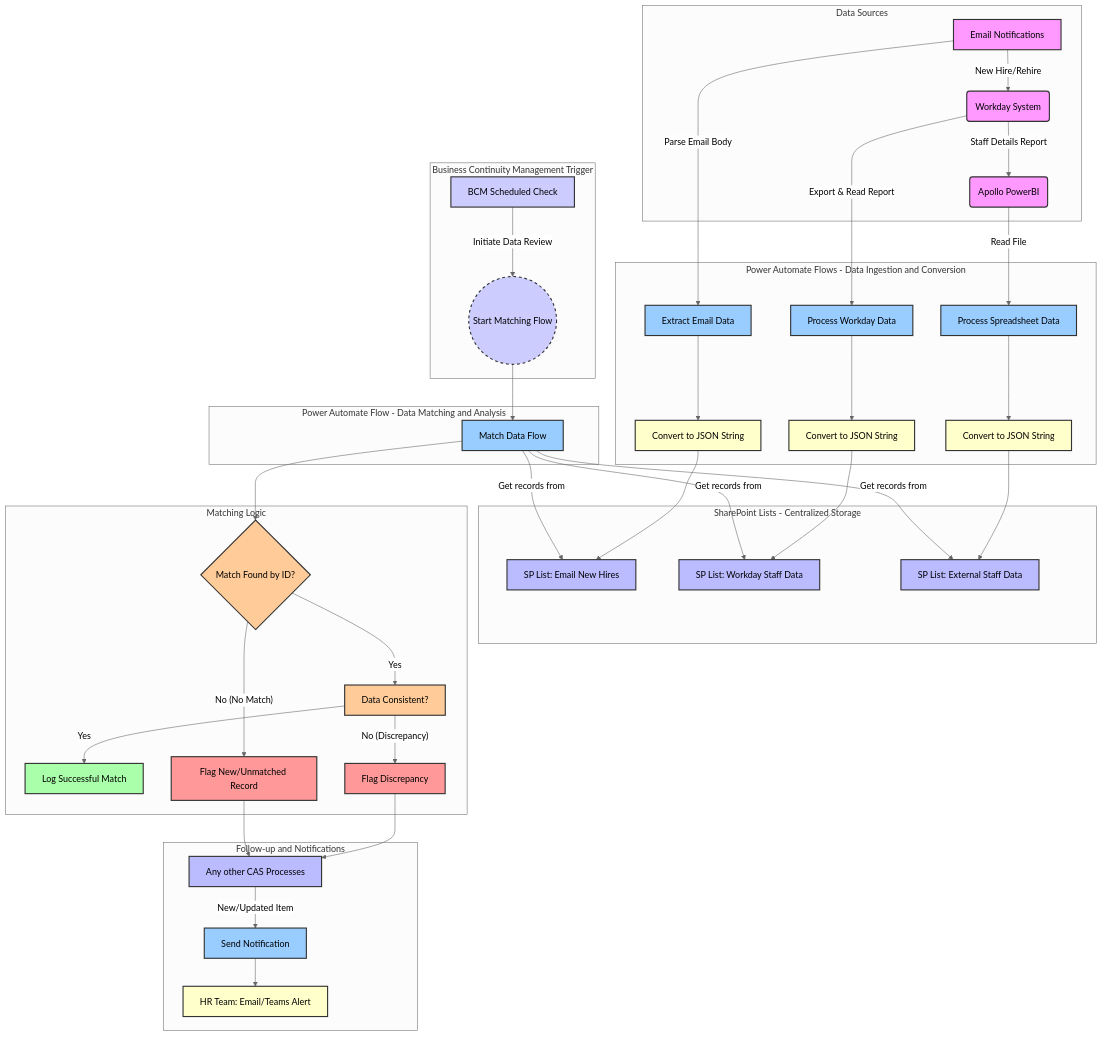
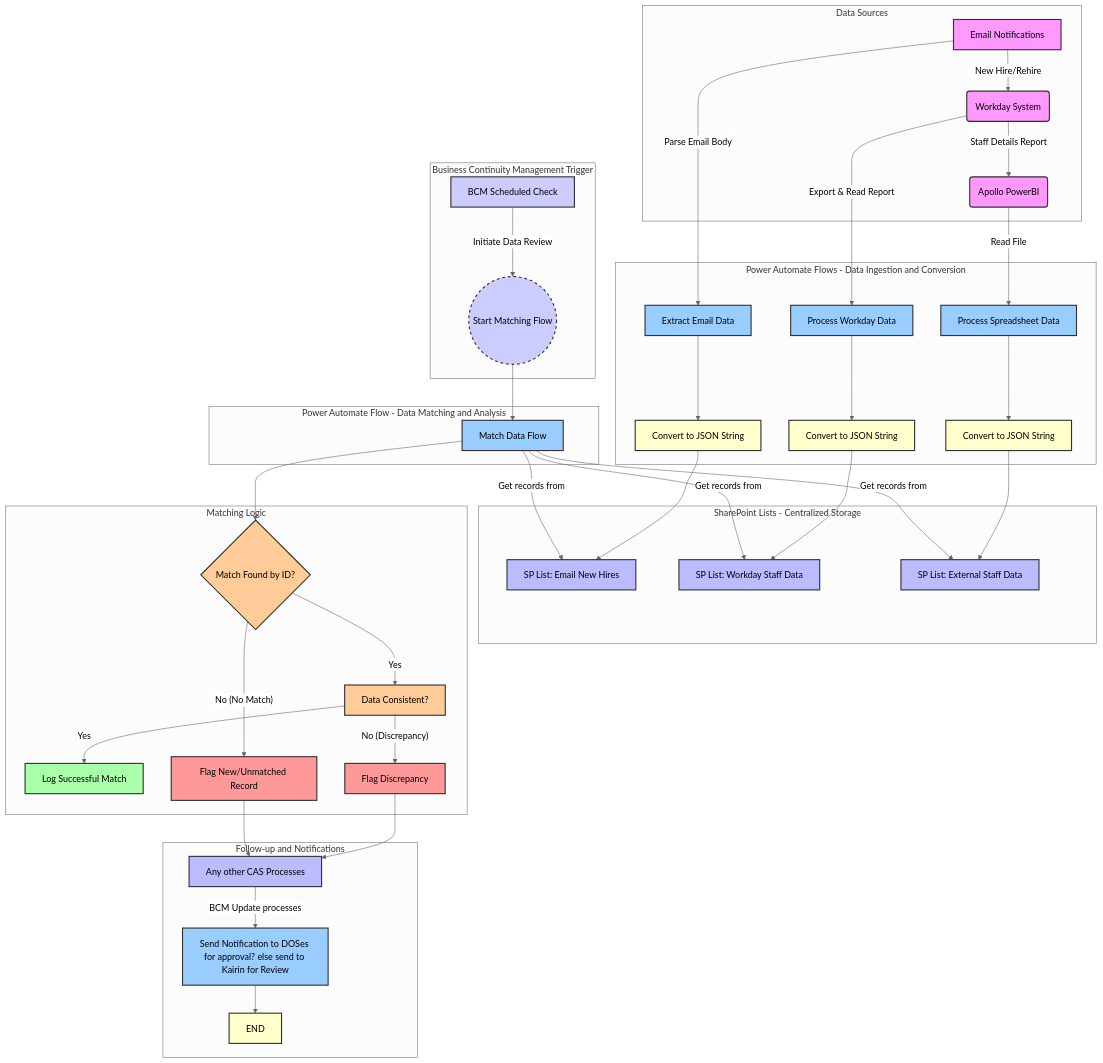
The diagram in README.md (kairin/mermaid), drawn with Mermaid before and after one commit.

````diff
--- a/README.md
+++ b/README.md
@@ -1,79 +1,79 @@
 ```mermaid
 
 
 %%{init: {'theme': 'neutral'}}%%
 graph TD
     subgraph Data Sources
         A[Email Notifications] -->|New Hire/Rehire| B(Workday System)
         B -->|Staff Details Report| C(Apollo PowerBI)
     end
 
     subgraph Power Automate Flows - Data Ingestion and Conversion
         A -- Parse Email Body --> PA1[Extract Email Data]
         PA1 --> JSON1[Convert to JSON String]
         
         B -- Export & Read Report --> PA2[Process Workday Data]
         PA2 --> JSON2[Convert to JSON String]
         
         C -- Read File --> PA3[Process Spreadsheet Data]
         PA3 --> JSON3[Convert to JSON String]
     end
 
     subgraph SharePoint Lists - Centralized Storage
         JSON1 --> SP1[SP List: Email New Hires]
         JSON2 --> SP2[SP List: Workday Staff Data]
         JSON3 --> SP3[SP List: External Staff Data]
     end
 
     subgraph Business Continuity Management Trigger
         BCM_Trigger[BCM Scheduled Check] -->|Initiate Data Review| PA4_Start
     end
 
     subgraph Power Automate Flow - Data Matching and Analysis
         PA4_Start((Start Matching Flow)) --> PA4[Match Data Flow]
         PA4 -->|Get records from| SP2
         PA4 -->|Get records from| SP1
         PA4 -->|Get records from| SP3
     end
 
     subgraph Matching Logic
         PA4 --> D{Match Found by ID?}
         D -- Yes --> E[Data Consistent?]
         E -- Yes --> F[Log Successful Match]
         E -- No (Discrepancy) --> G[Flag Discrepancy]
         D -- No (No Match) --> H[Flag New/Unmatched Record]
     end
 
     subgraph Follow-up and Notifications
         G --> SP4[Any other CAS Processes]
         H --> SP4
-        SP4 -- New/Updated Item --> PA5[Send Notification]
-        PA5 --> I[HR Team: Email/Teams Alert]
+        SP4 -- BCM Update processes --> PA5[Send Notification to DOSes for approval? else send to Kairin for Review]
+        PA5 --> I[END]
     end
 
     style A fill:#f9f,stroke:#333,stroke-width:2px
     style B fill:#f9f,stroke:#333,stroke-width:2px
     style C fill:#f9f,stroke:#333,stroke-width:2px
     style PA1 fill:#9cf,stroke:#333,stroke-width:2px
     style PA2 fill:#9cf,stroke:#333,stroke-width:2px
     style PA3 fill:#9cf,stroke:#333,stroke-width:2px
     style JSON1 fill:#ffc,stroke:#333,stroke-width:2px
     style JSON2 fill:#ffc,stroke:#333,stroke-width:2px
     style JSON3 fill:#ffc,stroke:#333,stroke-width:2px
     style SP1 fill:#bbf,stroke:#333,stroke-width:2px
     style SP2 fill:#bbf,stroke:#333,stroke-width:2px
     style SP3 fill:#bbf,stroke:#333,stroke-width:2px
     style PA4 fill:#9cf,stroke:#333,stroke-width:2px
     style PA4_Start fill:#ccf,stroke:#333,stroke-width:2px,stroke-dasharray: 5 5
     style BCM_Trigger fill:#ccf,stroke:#333,stroke-width:2px
     style D fill:#fc9,stroke:#333,stroke-width:2px
     style E fill:#fc9,stroke:#333,stroke-width:2px
     style F fill:#afa,stroke:#333,stroke-width:2px
     style G fill:#f99,stroke:#333,stroke-width:2px
     style H fill:#f99,stroke:#333,stroke-width:2px
     style SP4 fill:#bbf,stroke:#333,stroke-width:2px
     style PA5 fill:#9cf,stroke:#333,stroke-width:2px
     style I fill:#ffc,stroke:#333,stroke-width:2px
 
 
 ```
````
